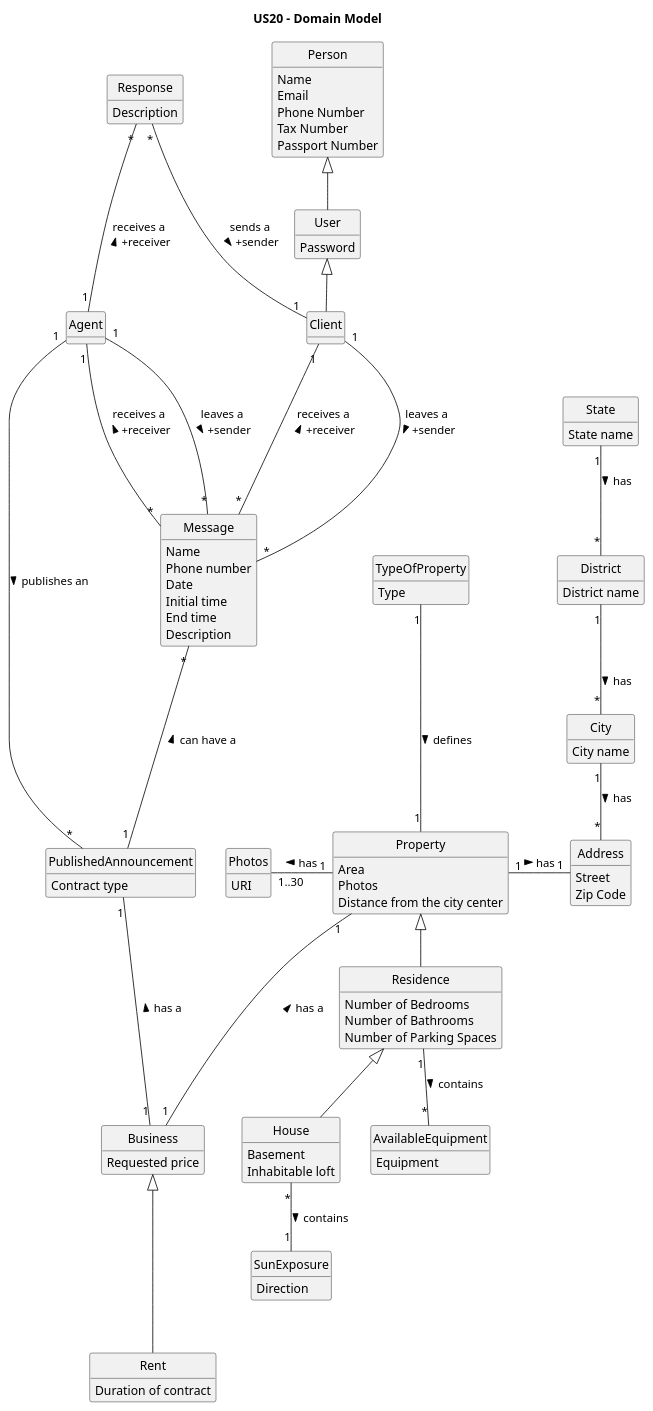
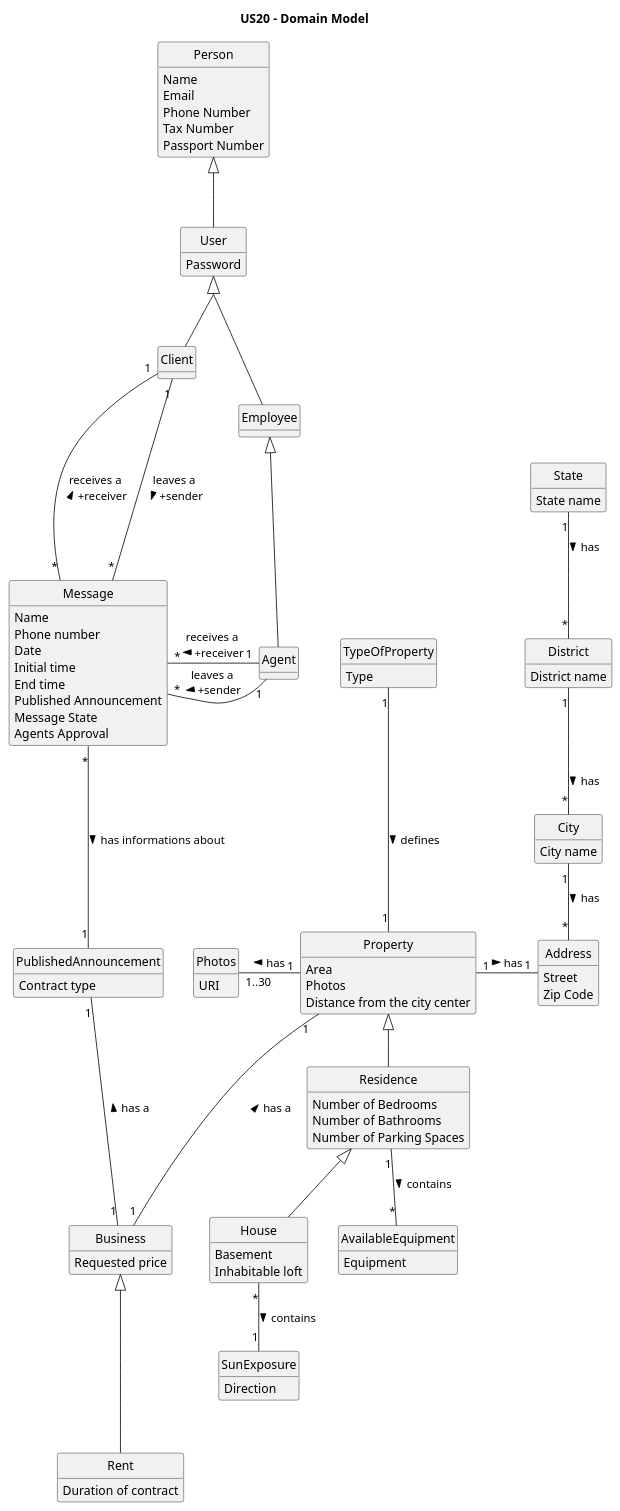
The diagram in docs/sprintD/US020/02.analysis/puml/us20-domain-model.puml (PureNimble/ISEP-LAPR2), drawn with PlantUML before and after one commit. The commit also changed 16 other files, not shown here.

```diff
--- a/docs/sprintD/US020/02.analysis/puml/us20-domain-model.puml
+++ b/docs/sprintD/US020/02.analysis/puml/us20-domain-model.puml
@@ -1,134 +1,135 @@
 @startuml
 
 title US20 - Domain Model
 
 skinparam groupInheritance 2
 skinparam monochrome true
 skinparam packageStyle rectangle
 skinparam shadowing false
 skinparam classAttributeIconSize 0
 hide circle
 hide methods
 
 class User {
     Password
 }
 
 class Person {
     Name
     Email
     Phone Number
     Tax Number
     Passport Number
 }
 
 class Address {
     Street
     Zip Code
 }
 
 class City {
     City name
 }
 
 class District {
     District name
 }
 
 class State {
     State name
 }
 
 class Client {
 
 }
 
 
 class Residence {
     Number of Bedrooms
     Number of Bathrooms
     Number of Parking Spaces
 }
 
 class Property {
     Area
     Photos
     Distance from the city center
 }
 
 class TypeOfProperty{
     Type
 }
 
 class Photos {
     URI
 }
 
 class House {
     Basement
     Inhabitable loft
 }
 
 class SunExposure {
     Direction
 }
 
 class AvailableEquipment {
     Equipment
 }
 
 class Rent {
     Duration of contract
 }
 
 class Business {
     Requested price
 }
 
 class PublishedAnnouncement {
     Contract type
 }
 
 class Message{
     Name
     Phone number
     Date
     Initial time
     End time
-    Description
+    Published Announcement
+    Message State
+    Agents Approval
 }
 
 class Agent {
 
 }
 
-class Response {
-    Description
+class Employee {
+
 }
 
-Message "*" --- "1" PublishedAnnouncement: can have a <
-Client "1" --- "*" Message: leaves a \n +sender >
-Agent "1" --- "*" Message: receives a \n +receiver <
-Agent "1" --- "*" Message: leaves a \n +sender >
-Client "1" --- "*" Message: receives a \n +receiver <
-Agent "1" --- "*" PublishedAnnouncement: publishes an >
+Message "*" --- "1" PublishedAnnouncement: has informations about >
+Client "1" -down-- "*" Message: leaves a \n +sender >
+Agent "1" -left-- "*" Message: receives a \n +receiver <
+Agent "1" -down-- "*" Message: leaves a \n +sender >
+Client "1" -down-- "*" Message: receives a \n +receiver <
 District "1" -down- "*" City : has >
 State "1" -down- "*" District : has >
 City "1" -down- "*" Address : has >
 Property "1" --- "1" Business: has a <
 PublishedAnnouncement "1" --- "1" Business: has a <
 Residence <|-down- House
 Property <|-down- Residence
 Property "1" -left-- "1..30" Photos: has >
 SunExposure "1" -up- "*" House: contains <
 Address "1" -left- "1" Property: has <
 AvailableEquipment "*" -up- "1" Residence: contains <
 TypeOfProperty "1" -down-- "1" Property: defines >
-Client  "1" -up-- "*" Response: sends a \n +sender > 
-Agent "1" -up-- "*" Response: receives a \n +receiver <
 
 Business <|--- Rent
 Person <|-- User
 User <|-- Client
+User <|-- Employee
+Employee <|-- Agent
 
 @enduml
```
